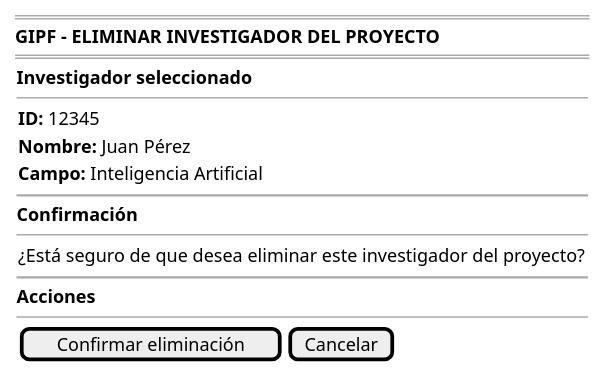
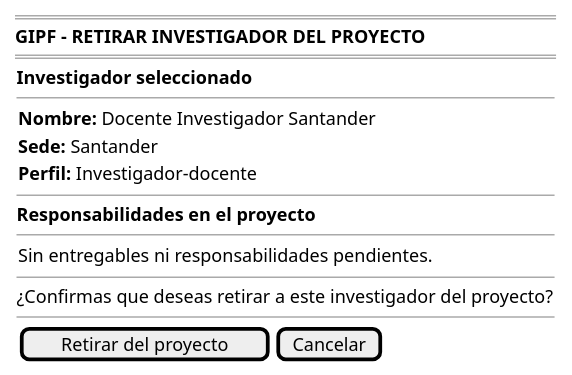
One commit to beatriizorozco/25-26-idsw2-sdVC changed the diagram in RUP/00-casos-uso/02-detalle/coordinador/eliminarInvestigador/prototipo.puml. Above: the diagram before and after it, drawn with PlantUML. The commit also changed 38 other files, not shown here.

```diff
--- a/RUP/00-casos-uso/02-detalle/coordinador/eliminarInvestigador/prototipo.puml
+++ b/RUP/00-casos-uso/02-detalle/coordinador/eliminarInvestigador/prototipo.puml
@@ -1,30 +1,26 @@
 @startsalt eliminarInvestigador-wireframe
 {
     ====
-    <b>GIPF - ELIMINAR INVESTIGADOR DEL PROYECTO</b>
+    <b>GIPF - RETIRAR INVESTIGADOR DEL PROYECTO</b>
     ====
     {
         <b>Investigador seleccionado</b>
         --
         {
-            <b>ID:</b> 12345
-            <b>Nombre:</b> Juan Pérez
-            <b>Campo:</b> Inteligencia Artificial
+            <b>Nombre:</b> Docente Investigador Santander
+            <b>Sede:</b> Santander
+            <b>Perfil:</b> Investigador-docente
         }
-
-        ~~
-
-        <b>Confirmación</b>
+        --
+        <b>Responsabilidades en el proyecto</b>
         --
         {
-            ¿Está seguro de que desea eliminar este investigador del proyecto?
+            Sin entregables ni responsabilidades pendientes.
         }
-
-        ~~
-
-        <b>Acciones</b>
         --
-        {[Confirmar eliminación] | [Cancelar]}
+        ¿Confirmas que deseas retirar a este investigador del proyecto?
+        --
+        {[Retirar del proyecto] | [Cancelar]}
     }
 }
 @endsalt
```
